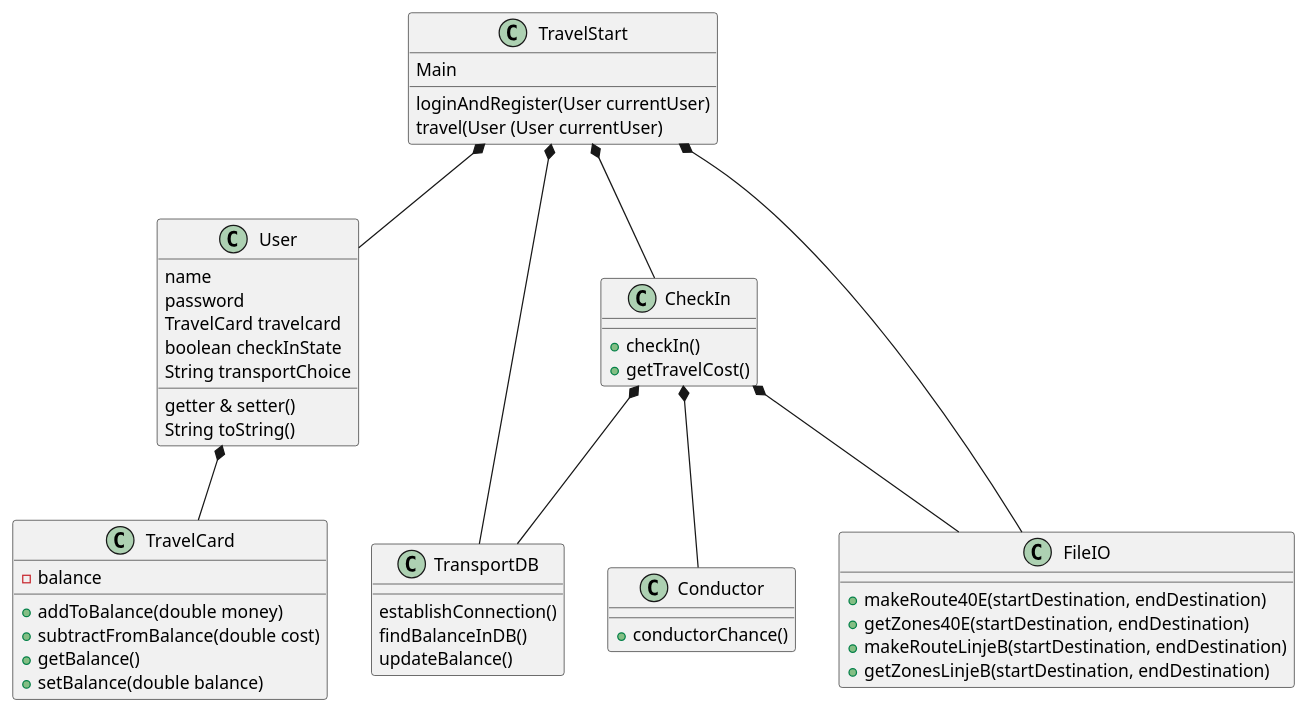
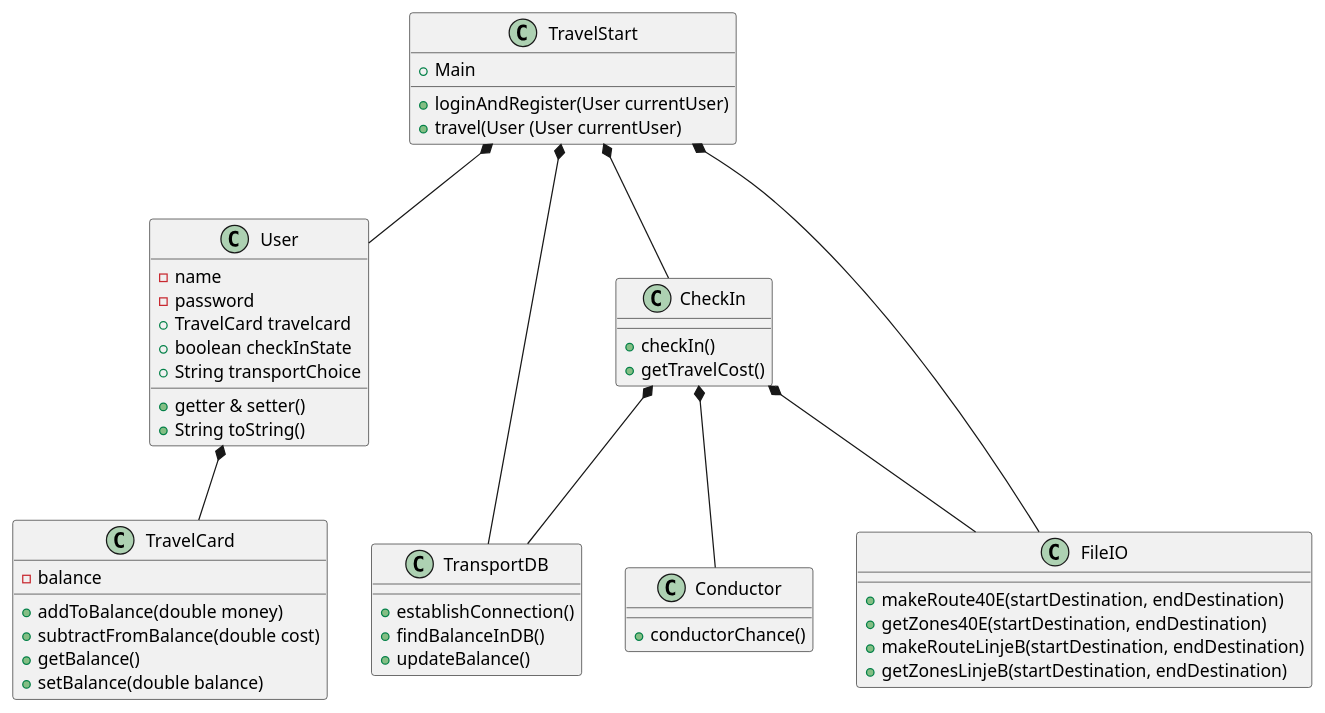
The diagram in out/production/ICEprojektGruppeQ/KlasseDiagram.puml (LUJHNA/ICEprojektGruppeQ), drawn with PlantUML before and after one commit. The commit also changed 14 other files, not shown here.

```diff
--- a/out/production/ICEprojektGruppeQ/KlasseDiagram.puml
+++ b/out/production/ICEprojektGruppeQ/KlasseDiagram.puml
@@ -1,53 +1,53 @@
 @startuml
 class TravelStart
 class User
 class TravelCard
 class Conductor
 class CheckIn
 class TransportDB
 
 TravelStart *--TransportDB
 CheckIn *--TransportDB
 
 TravelStart *-- User
 User *-- TravelCard
 
 CheckIn *--Conductor
 
 CheckIn *--FileIO
 TravelStart*--CheckIn
 TravelStart *--FileIO
 
-TransportDB : establishConnection()
-TransportDB : findBalanceInDB()
-TransportDB : updateBalance()
+TransportDB : +establishConnection()
+TransportDB : +findBalanceInDB()
+TransportDB : +updateBalance()
 
-TravelStart : Main
-TravelStart : loginAndRegister(User currentUser)
-TravelStart : travel(User (User currentUser)
+TravelStart : +Main
+TravelStart : +loginAndRegister(User currentUser)
+TravelStart : +travel(User (User currentUser)
 
 CheckIn : +checkIn()
 CheckIn : +getTravelCost()
 
- User : name
- User : password
- User : TravelCard travelcard
- User : boolean checkInState
- User : String transportChoice
- User : getter & setter()
- User : String toString()
+ User : -name
+ User : -password
+ User : +TravelCard travelcard
+ User : +boolean checkInState
+ User : +String transportChoice
+ User : +getter & setter()
+ User : +String toString()
 
 TravelCard : -balance
 TravelCard : +addToBalance(double money)
 TravelCard : +subtractFromBalance(double cost)
 TravelCard : +getBalance()
 TravelCard : +setBalance(double balance)
 
 Conductor : +conductorChance()
 
 FileIO : +makeRoute40E(startDestination, endDestination)
 FileIO : +getZones40E(startDestination, endDestination)
 FileIO : +makeRouteLinjeB(startDestination, endDestination)
 FileIO : +getZonesLinjeB(startDestination, endDestination)
 
 @enduml
```
